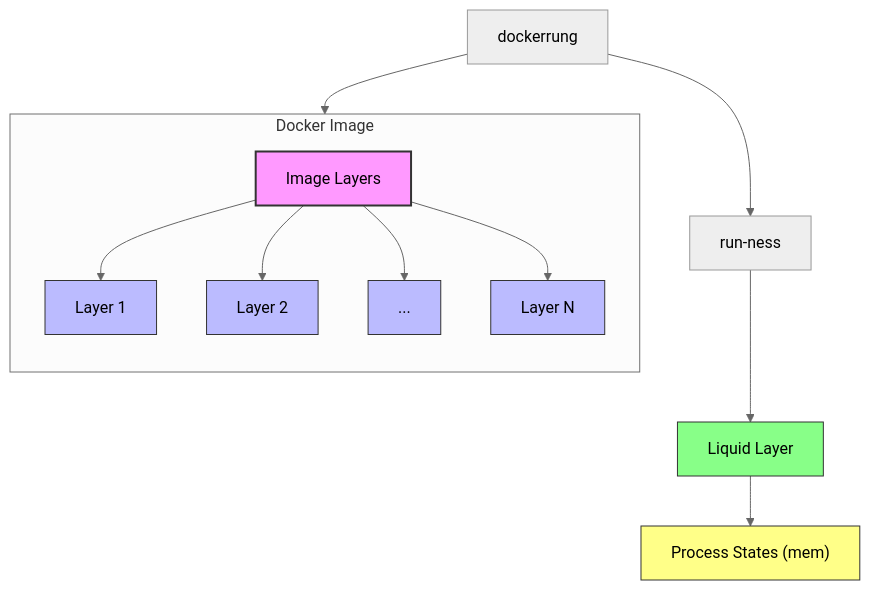
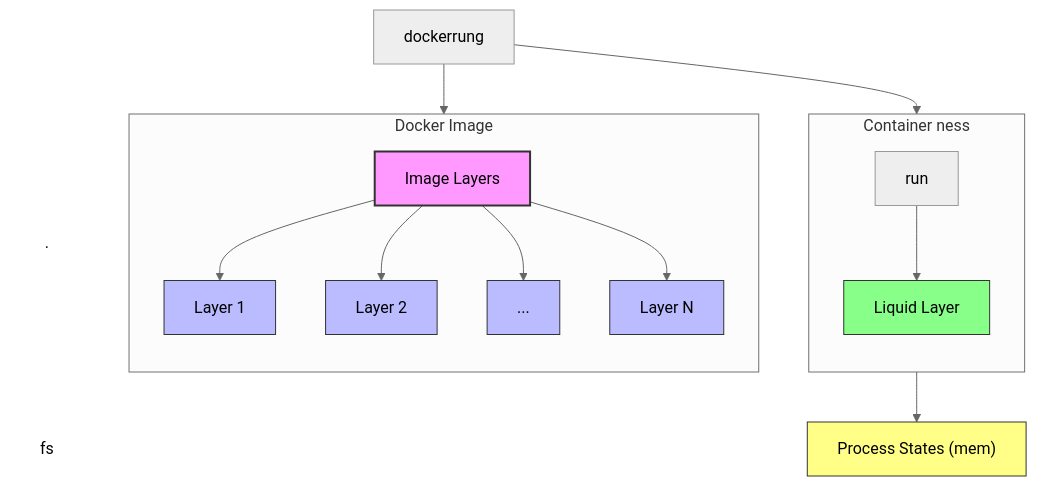
One commit to sohale/cs-glossaries changed the first of 2 diagrams in devops/docker/docker.md. Above: the diagram before and after it, drawn with Mermaid (neutral theme). The commit also changed other lines of this file, not shown here.

Commit message:
docker.md: graph: nested subgraph + snakeys

````diff
--- a/devops/docker/docker.md
+++ b/devops/docker/docker.md
@@ -142,35 +142,48 @@
 ```mermaid
 
 graph TD
     T[dockerrung]
+    InvisA["."]
+    InvisB["fs"]
     A[Image Layers]
 
+    direction LR
+
     T --> A
+    T ~~~ InvisA
+    InvisA ~~~ InvisB
 
     subgraph "Docker Image"
         direction TB
         A --> B[Layer 1]
         A --> C[Layer 2]
         A --> D[...]
         A --> E[Layer N]
     end
 
-    %%  container ness 
-    T --> F["run-ness"]
-    F --> G[Liquid Layer]
+    %% run-ness"
+    F["`run`"]
+     %% container-ness
+    G[Liquid Layer]
+        T --> F
+    %%  container ness
+    subgraph "Container ness"
+        direction TB
+        F --> G
+    end
     G --> H["Process States (mem)"]
 
     classDef image fill:#f9f,stroke:#333,stroke-width:2px;
     classDef layer fill:#bbf,stroke:#333,stroke-width:1px;
     classDef container fill:#8f8,stroke:#333,stroke-width:1px;
     classDef process fill:#ff8,stroke:#333,stroke-width:1px;
+    classDef transparent_label  fill:#fff,stroke:#333,stroke-width:0px;
 
     class A image;
     class B,C,D,E layer;
     class G container;
     class H process;
 
-
-
+    class InvisA,InvisB transparent_label;
 
 ```
````
